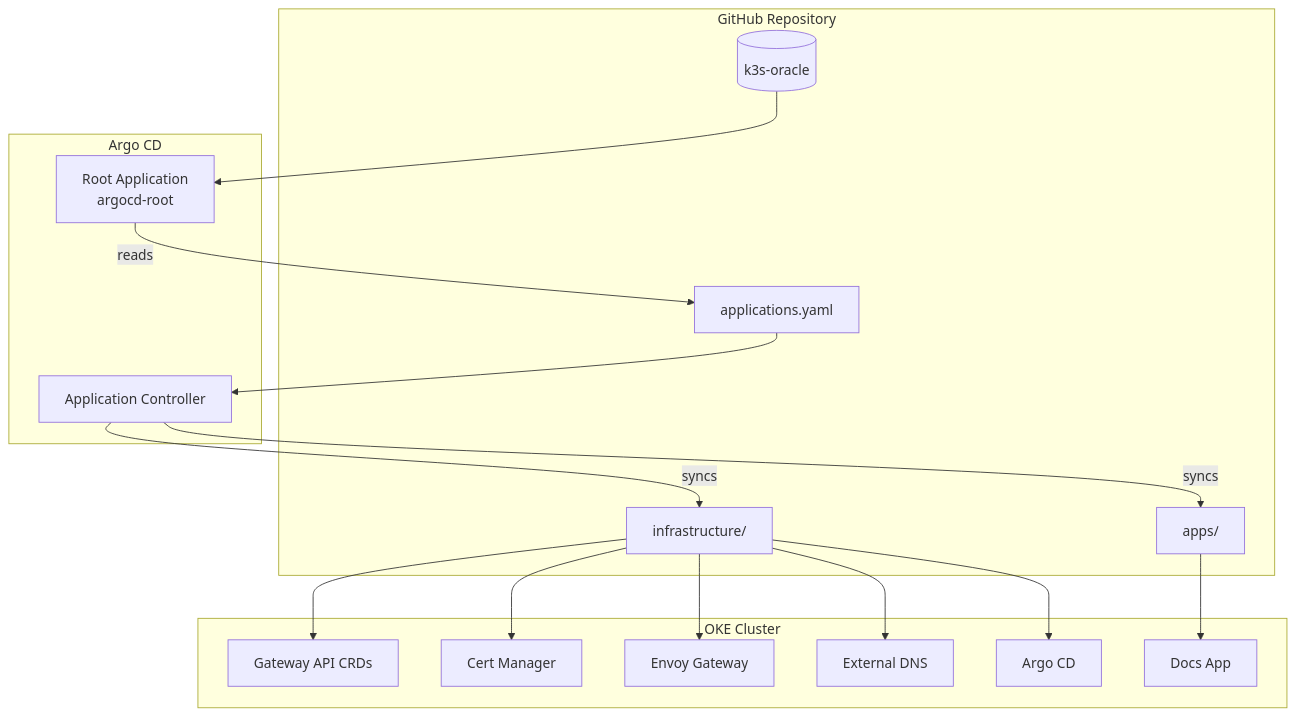
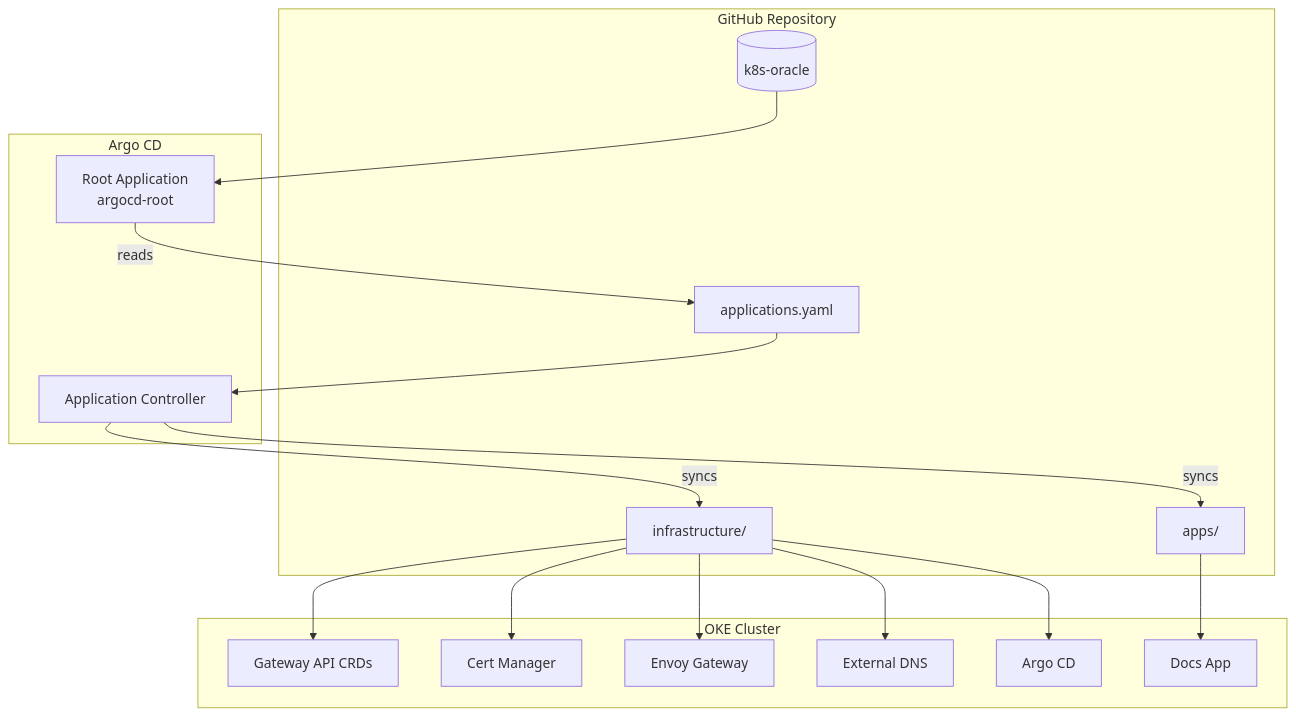
One commit to nsudhanva/k8s-oracle changed the first of 5 diagrams in docs/src/content/docs/architecture/gitops.md. Above: the diagram before and after it, drawn with Mermaid. The commit also changed other lines of this file and 5 other files, not shown here.

````diff
--- a/docs/src/content/docs/architecture/gitops.md
+++ b/docs/src/content/docs/architecture/gitops.md
@@ -8,35 +8,35 @@
 ```mermaid
 flowchart TB
     subgraph GitHub["GitHub Repository"]
-        Repo[(k3s-oracle)]
+        Repo[(k8s-oracle)]
         AppYAML[applications.yaml]
         Infra[infrastructure/]
         Apps[apps/]
     end
 
     subgraph ArgoCD["Argo CD"]
         Root[Root Application<br/>argocd-root]
         AppController[Application Controller]
     end
 
     subgraph Cluster["OKE Cluster"]
         CRDs[Gateway API CRDs]
         CM[Cert Manager]
         EG[Envoy Gateway]
         ED[External DNS]
         ArgoSelf[Argo CD]
         DocsApp[Docs App]
     end
 
     Repo --> Root
     Root -->|reads| AppYAML
     AppYAML --> AppController
     AppController -->|syncs| Infra
     AppController -->|syncs| Apps
     Infra --> CRDs
     Infra --> CM
     Infra --> EG
     Infra --> ED
     Infra --> ArgoSelf
     Apps --> DocsApp
 ```
````
